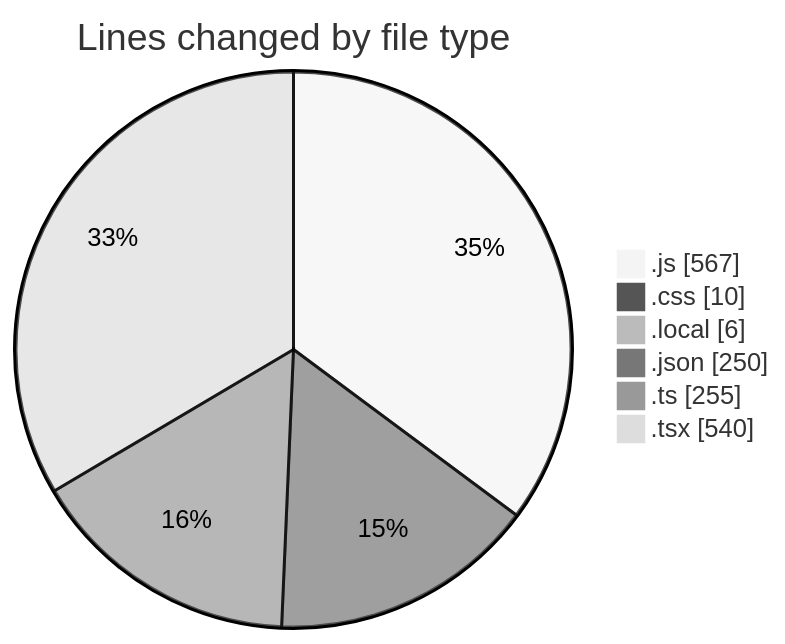
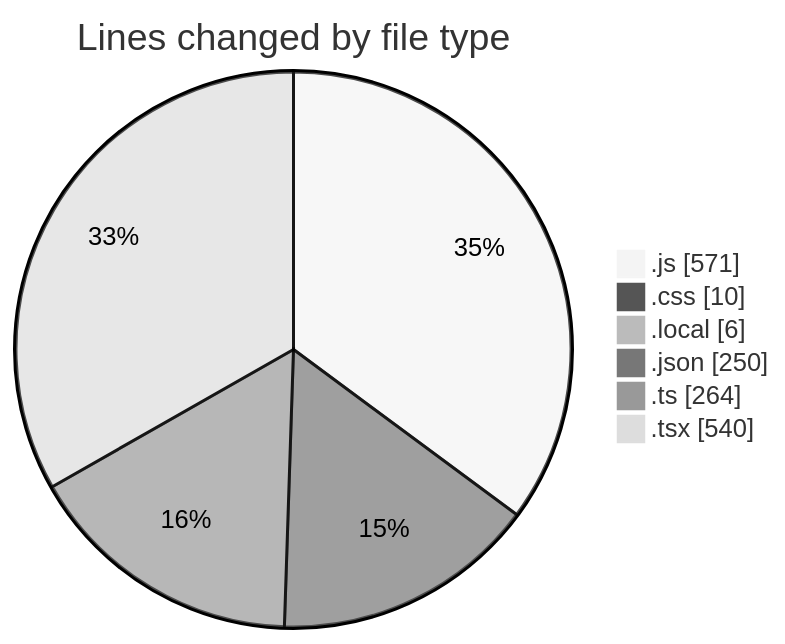
The first of 2 diagrams in 2025-05-04/houserentalservice/README.md (Ritupan-Deka/code-tracking), drawn with Mermaid (neutral theme) before and after one commit. The commit also changed other lines of this file and 1 other file, not shown here.

````diff
--- a/2025-05-04/houserentalservice/README.md
+++ b/2025-05-04/houserentalservice/README.md
@@ -58,10 +59,10 @@
 ```mermaid
 pie showData
 title Lines changed by file type
-".js" : 567
+".js" : 571
 ".css" : 10
 ".local" : 6
 ".json" : 250
-".ts" : 255
+".ts" : 264
 ".tsx" : 540
 ```
````
